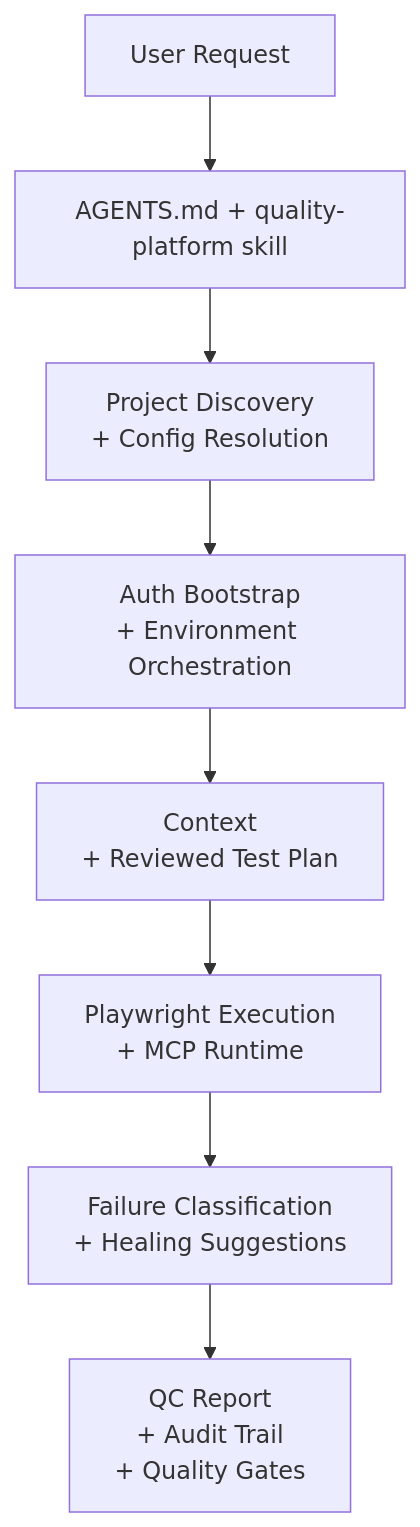
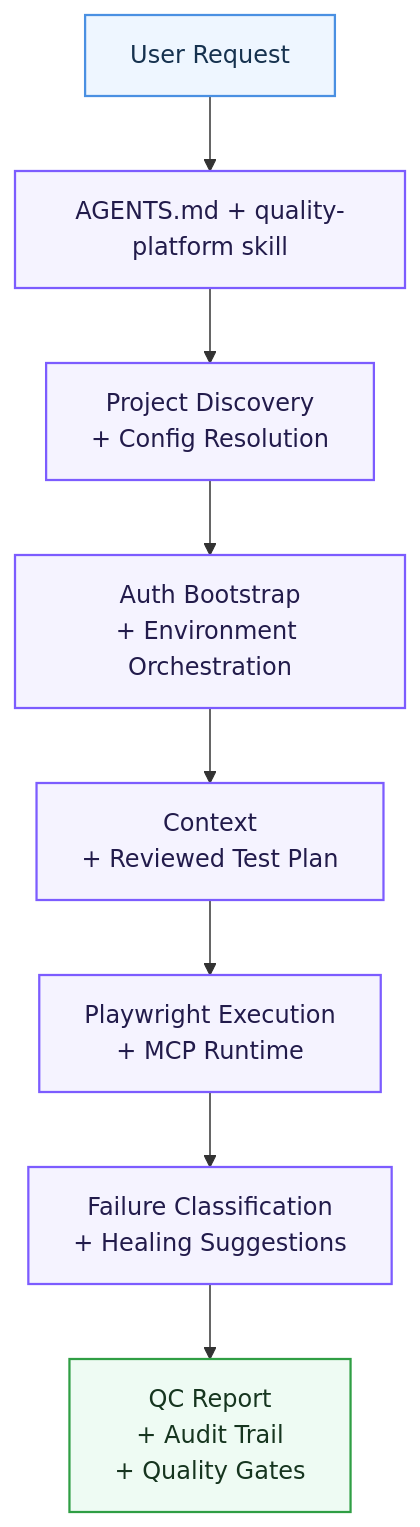
The first of 4 diagrams in README.md (Qin-BL/quality-platform), drawn with Mermaid before and after one commit. The commit also changed other lines of this file and 2 other files, not shown here.

Commit message:
Style Mermaid diagrams for readability

```diff
--- a/README.md
+++ b/README.md
@@ -27,10 +27,16 @@
 ::: mermaid
 graph TD
     U["User Request"] --> A["AGENTS.md + quality-platform skill"]
     A --> D["Project Discovery<br/>+ Config Resolution"]
     D --> O["Auth Bootstrap<br/>+ Environment Orchestration"]
     O --> P["Context<br/>+ Reviewed Test Plan"]
     P --> X["Playwright Execution<br/>+ MCP Runtime"]
     X --> H["Failure Classification<br/>+ Healing Suggestions"]
     H --> R["QC Report<br/>+ Audit Trail<br/>+ Quality Gates"]
+    classDef input fill:#eef6ff,stroke:#4a90e2,color:#16324f,stroke-width:1.5px;
+    classDef runtime fill:#f5f3ff,stroke:#7c5cff,color:#221b4b,stroke-width:1.5px;
+    classDef outcome fill:#eefbf3,stroke:#2f9e44,color:#16351f,stroke-width:1.5px;
+    class U input;
+    class A,D,O,P,X,H runtime;
+    class R outcome;
 :::
```
